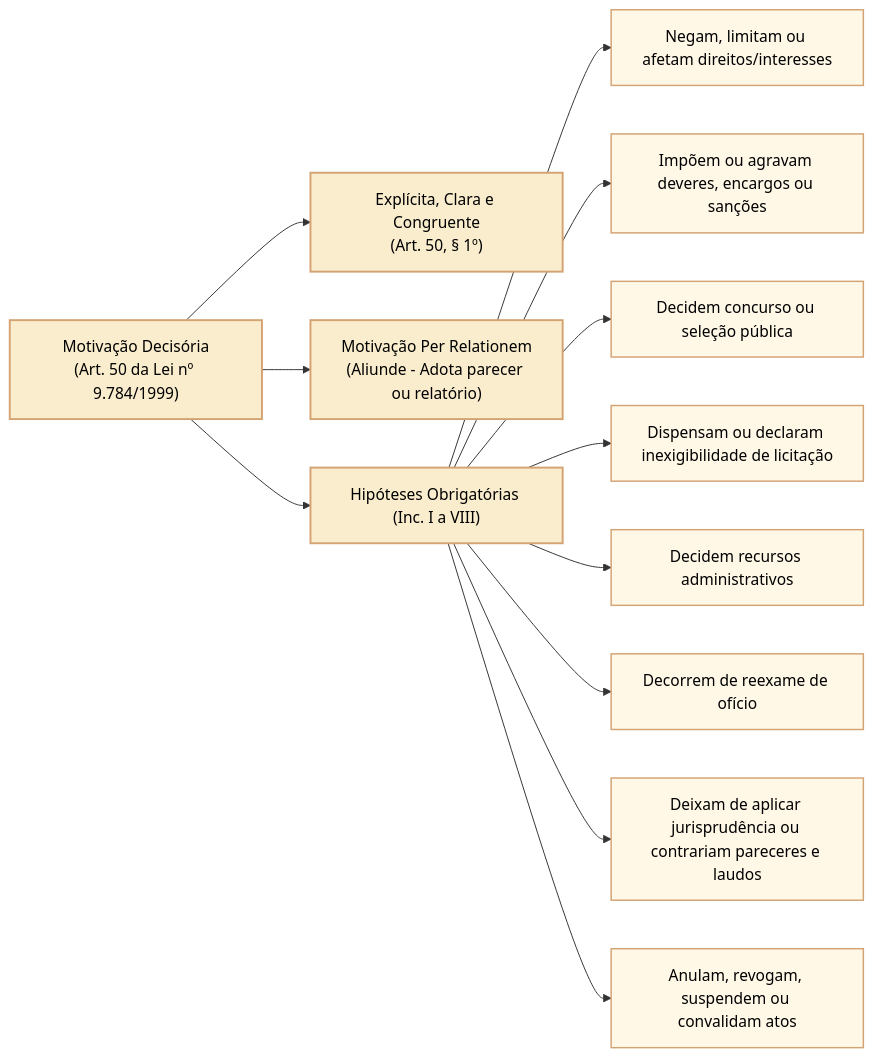
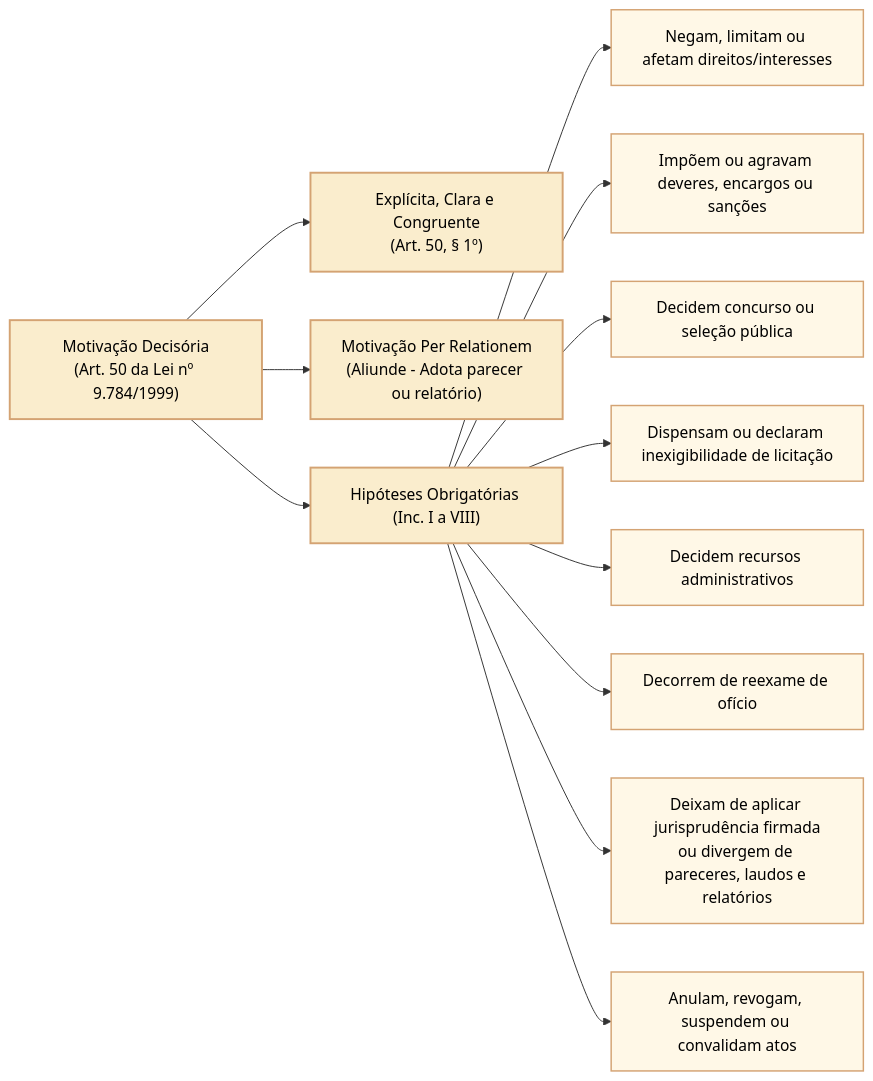
One commit to leorruas/concursos changed the second of 4 diagrams in 3 - Materias/Direito Administrativo/26 - lei 9784 impedimento suspeicao motivacao e recursos.md. Above: the diagram before and after it, drawn with Mermaid. The commit also changed other lines of this file, not shown here.

````diff
--- a/3 - Materias/Direito Administrativo/26 - lei 9784 impedimento suspeicao motivacao e recursos.md
+++ b/3 - Materias/Direito Administrativo/26 - lei 9784 impedimento suspeicao motivacao e recursos.md
@@ -80,21 +80,21 @@
 ```mermaid
 flowchart LR
     classDef raiz fill:#faedcd,stroke:#d4a373,stroke-width:2px,color:#000000;
     classDef criterio fill:#faedcd,stroke:#d4a373,stroke-width:2px,color:#000000;
     classDef opcao fill:#fff8e7,stroke:#d4a373,stroke-width:1.5px,color:#000000;
 
     MOT["Motivação Decisória<br>(Art. 50 da Lei nº 9.784/1999)"]:::raiz
     
     MOT --> EXP["Explícita, Clara e Congruente<br>(Art. 50, § 1º)"]:::criterio
     MOT --> PER["Motivação Per Relationem<br>(Aliunde - Adota parecer ou relatório)"]:::criterio
     
     MOT --> ROL["Hipóteses Obrigatórias (Inc. I a VIII)"]:::criterio
     ROL --> H1["Negam, limitam ou afetam direitos/interesses"]:::opcao
     ROL --> H2["Impõem ou agravam deveres, encargos ou sanções"]:::opcao
     ROL --> H3["Decidem concurso ou seleção pública"]:::opcao
     ROL --> H4["Dispensam ou declaram inexigibilidade de licitação"]:::opcao
     ROL --> H5["Decidem recursos administrativos"]:::opcao
     ROL --> H6["Decorrem de reexame de ofício"]:::opcao
-    ROL --> H7["Deixam de aplicar jurisprudência ou contrariam pareceres e laudos"]:::opcao
+    ROL --> H7["Deixam de aplicar jurisprudência firmada<br>ou divergem de pareceres, laudos e relatórios"]:::opcao
     ROL --> H8["Anulam, revogam, suspendem ou convalidam atos"]:::opcao
 ```
````
